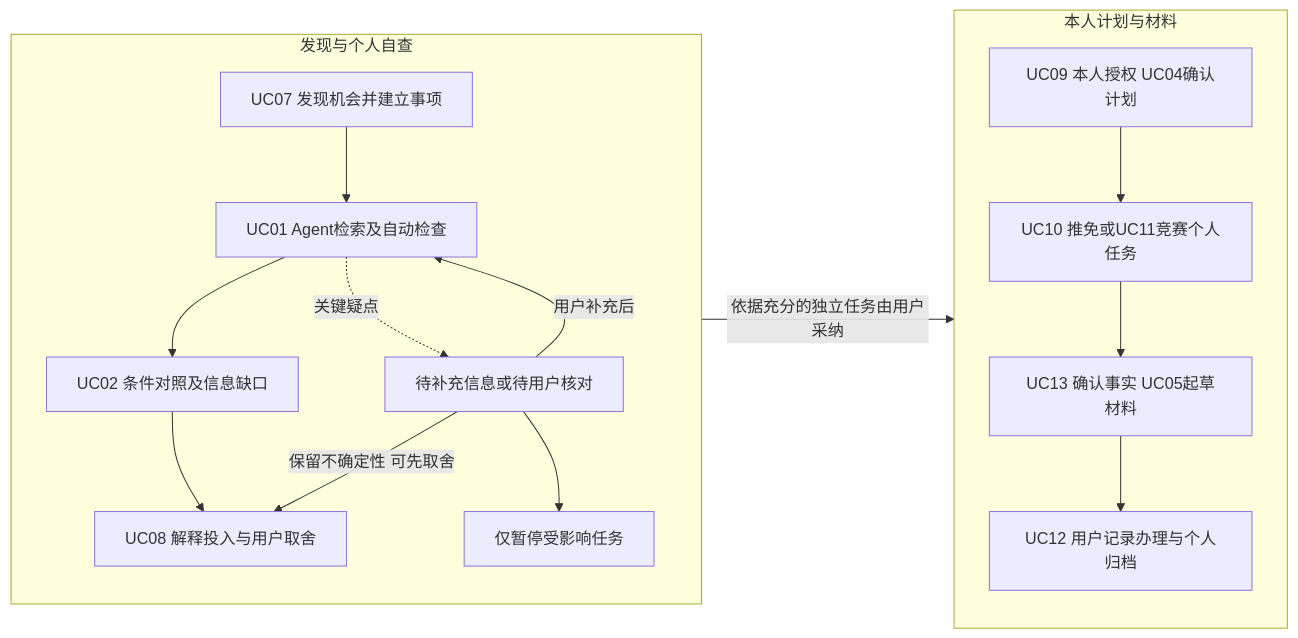
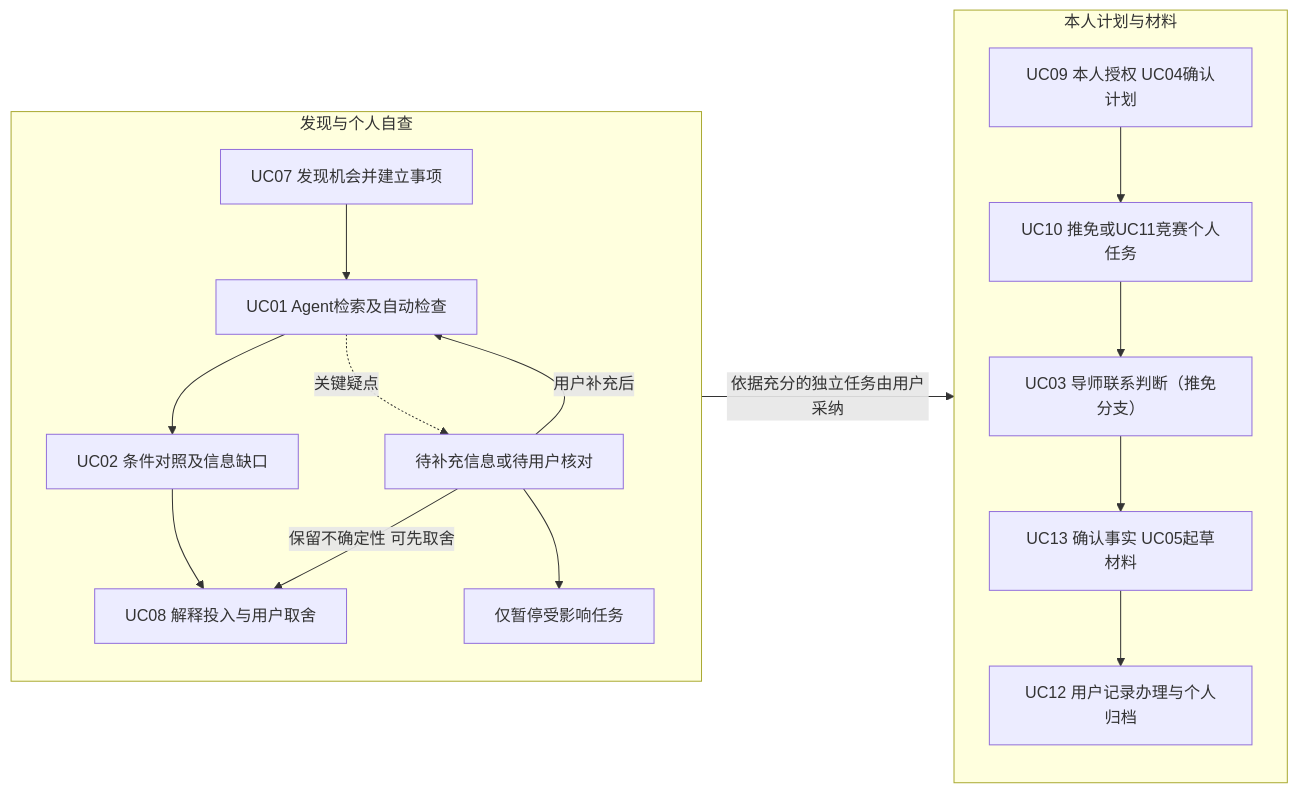
The diagram in docs/design/requirements/he-huiyuan/diagrams/01_需求主流程.mmd (LotteryCamp/OfferPilot), drawn with Mermaid before and after one commit. The commit also changed 10 other files, not shown here.

```diff
--- a/docs/design/requirements/he-huiyuan/diagrams/01_需求主流程.mmd
+++ b/docs/design/requirements/he-huiyuan/diagrams/01_需求主流程.mmd
@@ -1,18 +1,19 @@
 flowchart LR
     subgraph PRE[发现与个人自查]
       direction TB
       A[UC07 发现机会并建立事项] --> B[UC01 Agent检索及自动检查]
       B --> C[UC02 条件对照及信息缺口]
       C --> D[UC08 解释投入与用户取舍]
       B -.关键疑点.-> X[待补充信息或待用户核对]
       X -->|用户补充后| B
       X -->|保留不确定性 可先取舍| D
       X --> Y[仅暂停受影响任务]
     end
     subgraph EXEC[本人计划与材料]
       direction TB
       E[UC09 本人授权 UC04确认计划] --> F[UC10 推免或UC11竞赛个人任务]
-      F --> G[UC13 确认事实 UC05起草材料]
+      F --> T[UC03 导师联系判断（推免分支）]
+      T --> G[UC13 确认事实 UC05起草材料]
       G --> H[UC12 用户记录办理与个人归档]
     end
     PRE -->|依据充分的独立任务由用户采纳| EXEC
```
